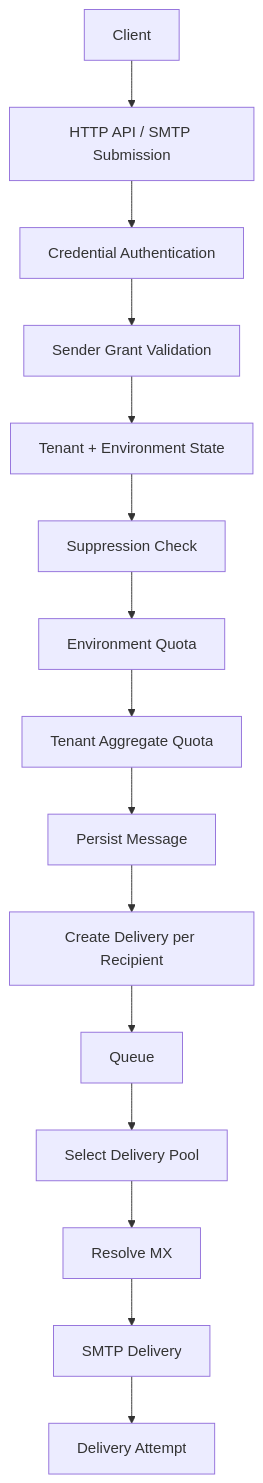
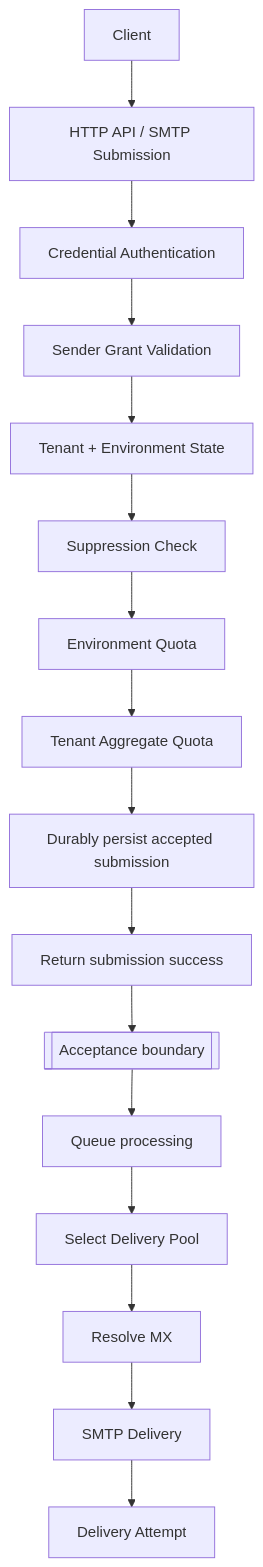
Before and after one commit to viiag7/ProjectVelaris: the diagram in docs/architecture/overview.md, drawn with Mermaid. The commit also changed other lines of this file and 6 other files, not shown here.

````diff
--- a/docs/architecture/overview.md
+++ b/docs/architecture/overview.md
@@ -7,17 +7,18 @@
 ```mermaid
 flowchart TD
     C[Client] --> A[HTTP API / SMTP Submission]
     A --> AUTH[Credential Authentication]
     AUTH --> SG[Sender Grant Validation]
     SG --> STATUS[Tenant + Environment State]
     STATUS --> SUP[Suppression Check]
     SUP --> EQ[Environment Quota]
     EQ --> TQ[Tenant Aggregate Quota]
-    TQ --> M[Persist Message]
-    M --> D[Create Delivery per Recipient]
-    D --> Q[Queue]
+    TQ --> M[Durably persist accepted submission]
+    M --> ACK[Return submission success]
+    ACK --> BOUNDARY[[Acceptance boundary]]
+    BOUNDARY --> Q[Queue processing]
     Q --> DP[Select Delivery Pool]
     DP --> MX[Resolve MX]
     MX --> SMTP[SMTP Delivery]
     SMTP --> ATT[Delivery Attempt]
 ```
````
